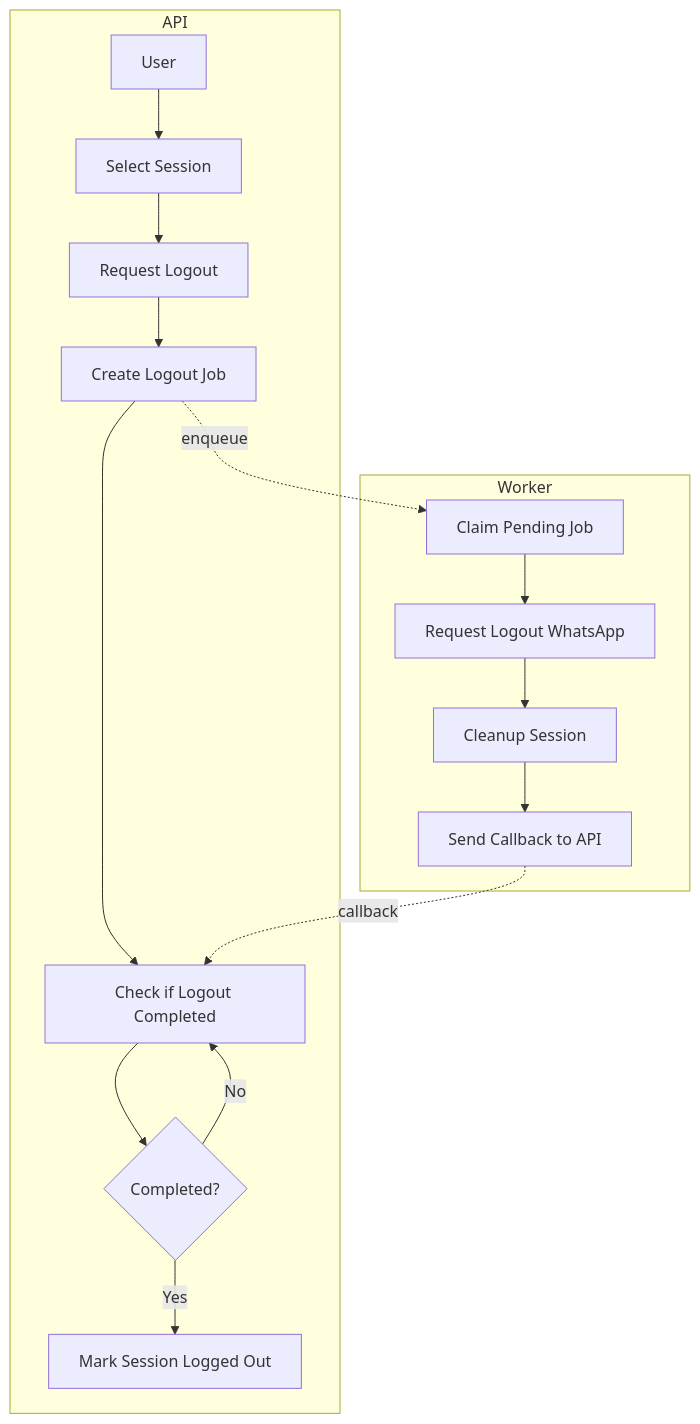
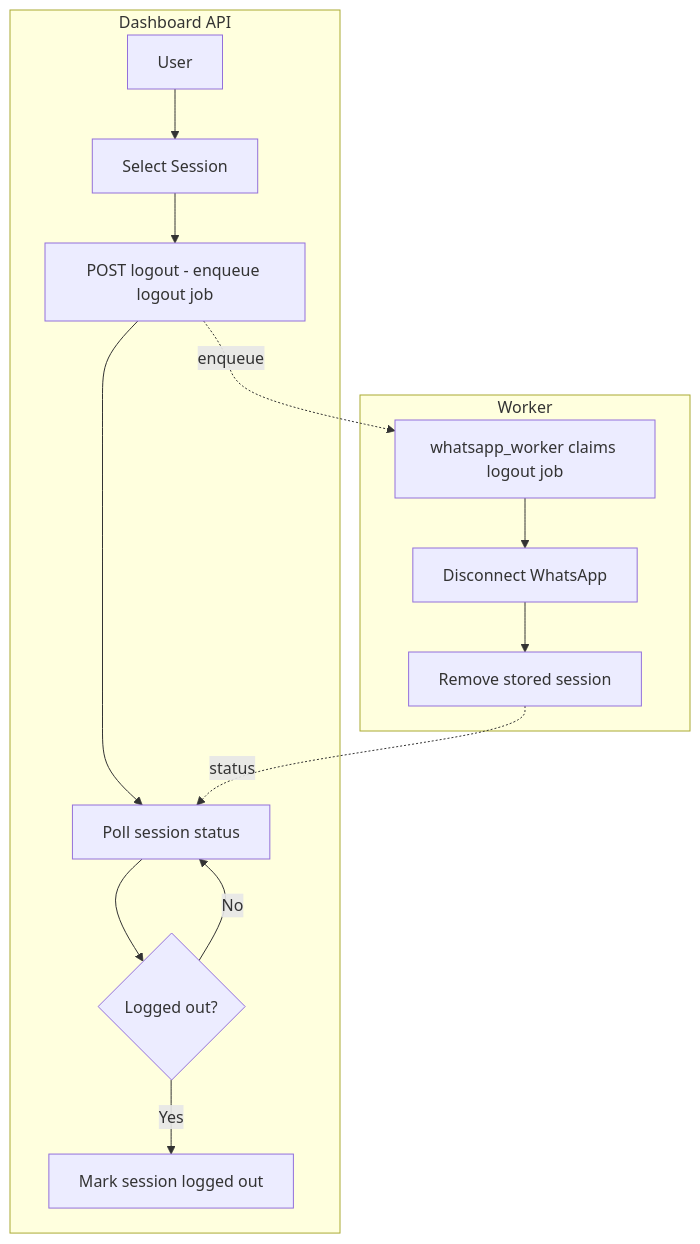
One commit to nexusmsg/nexus-oss changed the third of 7 diagrams in docs/flow.md. Above: the diagram before and after it, drawn with Mermaid. The commit also changed other lines of this file and 10 other files, not shown here.

Commit message:
docs: update architecture and handoff records

````diff
--- a/docs/flow.md
+++ b/docs/flow.md
@@ -52,29 +52,23 @@
 ```mermaid
 flowchart TB
 
-subgraph API
-    A[User]
-    B[Select Session]
-    C[Request Logout]
-    D[Create Logout Job]
-    E[Check if Logout Completed]
-    F{Completed?}
-    G[Mark Session Logged Out]
-
-    A --> B --> C --> D --> E --> F
+subgraph Dashboard API
+    A[User] --> B[Select Session]
+    B --> C[POST logout - enqueue logout job]
+    C --> E[Poll session status]
+    E --> F{Logged out?}
     F -- No --> E
-    F -- Yes --> G
+    F -- Yes --> G[Mark session logged out]
 end
 
 subgraph Worker
-    W1[Claim Pending Job]
-    W2[Request Logout WhatsApp]
-    W3[Cleanup Session]
-    W4[Send Callback to API]
+    W1[whatsapp_worker claims logout job]
+    W2[Disconnect WhatsApp]
+    W3[Remove stored session]
 
-    W1 --> W2 --> W3 --> W4
+    W1 --> W2 --> W3
 end
 
-D -. enqueue .-> W1
-W4 -. callback .-> E
+C -. enqueue .-> W1
+W3 -. status .-> E
 ```
````
